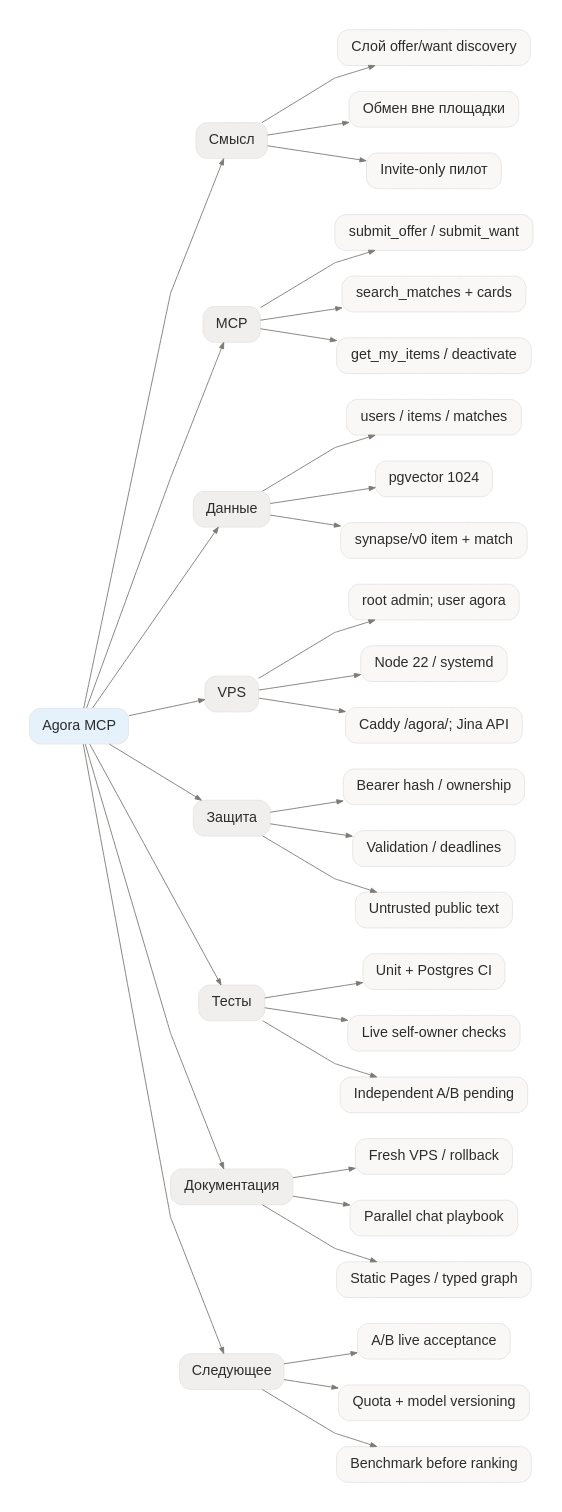
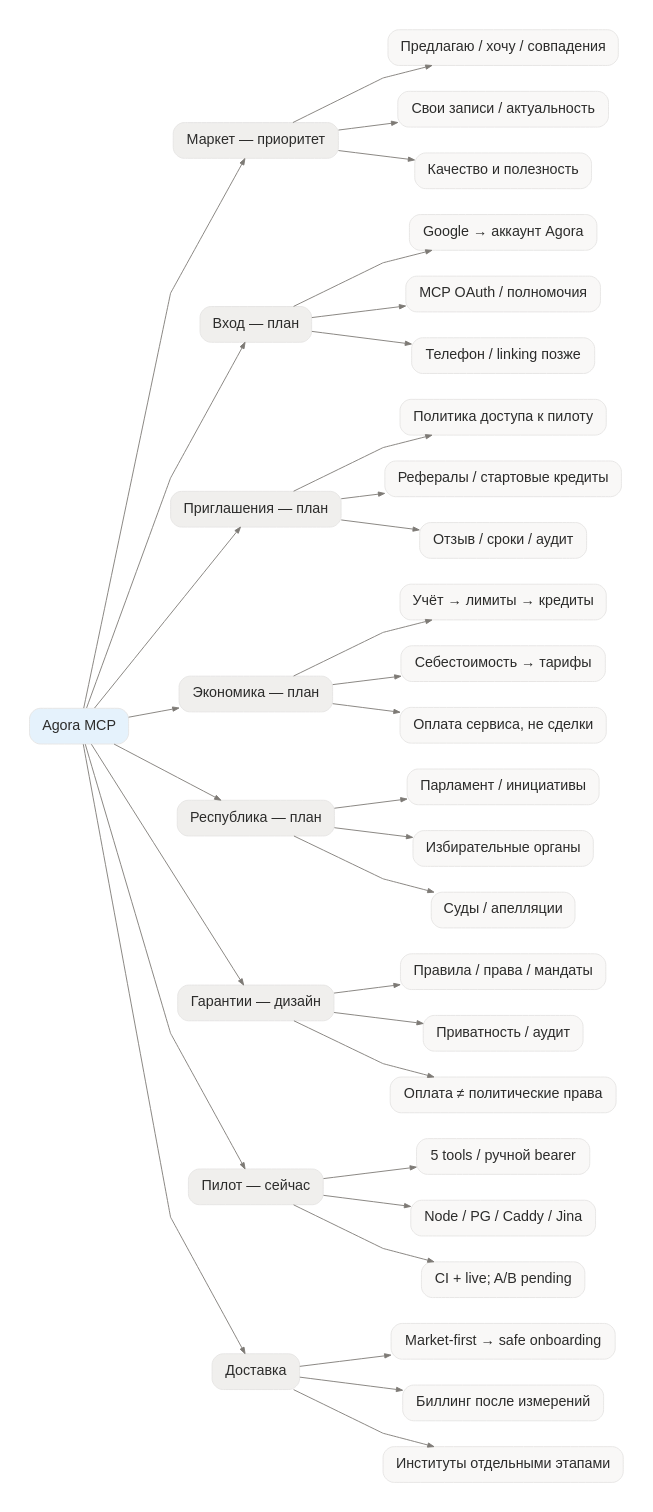
The diagram in docs/assets/mindmap.dot (LeonidYasin/agora-mcp), drawn with Graphviz before and after one commit. The commit also changed 27 other files, not shown here.

Commit message:
docs: align full Agora vision with market-first access, economy and republic roadmap (#9)

```diff
--- a/docs/assets/mindmap.dot
+++ b/docs/assets/mindmap.dot
@@ -1,70 +1,70 @@
 digraph G {
 graph [rankdir=LR, bgcolor="white", pad="0.35", nodesep="0.4", ranksep="0.65", splines=polyline];
 node [shape=box, style="rounded,filled", fontname="Arial", fontsize=16, margin="0.2,0.15", color="#E6E5E3", fontcolor="#2C2C2B"];
 edge [fontname="Arial", fontsize=13, color="#7D7A75", fontcolor="#55534F", arrowsize=0.7];
 "mind-root" [label="Agora MCP", fillcolor="#E5F2FC"];
-"mind-0" [label="Смысл", fillcolor="#F0EFED"];
-"mind-0-0" [label="Слой offer/want discovery", fillcolor="#F9F8F7"];
-"mind-0-1" [label="Обмен вне площадки", fillcolor="#F9F8F7"];
-"mind-0-2" [label="Invite-only пилот", fillcolor="#F9F8F7"];
-"mind-1" [label="MCP", fillcolor="#F0EFED"];
-"mind-1-0" [label="submit_offer / submit_want", fillcolor="#F9F8F7"];
-"mind-1-1" [label="search_matches + cards", fillcolor="#F9F8F7"];
-"mind-1-2" [label="get_my_items / deactivate", fillcolor="#F9F8F7"];
-"mind-2" [label="Данные", fillcolor="#F0EFED"];
-"mind-2-0" [label="users / items / matches", fillcolor="#F9F8F7"];
-"mind-2-1" [label="pgvector 1024", fillcolor="#F9F8F7"];
-"mind-2-2" [label="synapse/v0 item + match", fillcolor="#F9F8F7"];
-"mind-3" [label="VPS", fillcolor="#F0EFED"];
-"mind-3-0" [label="root admin; user agora", fillcolor="#F9F8F7"];
-"mind-3-1" [label="Node 22 / systemd", fillcolor="#F9F8F7"];
-"mind-3-2" [label="Caddy /agora/; Jina API", fillcolor="#F9F8F7"];
-"mind-4" [label="Защита", fillcolor="#F0EFED"];
-"mind-4-0" [label="Bearer hash / ownership", fillcolor="#F9F8F7"];
-"mind-4-1" [label="Validation / deadlines", fillcolor="#F9F8F7"];
-"mind-4-2" [label="Untrusted public text", fillcolor="#F9F8F7"];
-"mind-5" [label="Тесты", fillcolor="#F0EFED"];
-"mind-5-0" [label="Unit + Postgres CI", fillcolor="#F9F8F7"];
-"mind-5-1" [label="Live self-owner checks", fillcolor="#F9F8F7"];
-"mind-5-2" [label="Independent A/B pending", fillcolor="#F9F8F7"];
-"mind-6" [label="Документация", fillcolor="#F0EFED"];
-"mind-6-0" [label="Fresh VPS / rollback", fillcolor="#F9F8F7"];
-"mind-6-1" [label="Parallel chat playbook", fillcolor="#F9F8F7"];
-"mind-6-2" [label="Static Pages / typed graph", fillcolor="#F9F8F7"];
-"mind-7" [label="Следующее", fillcolor="#F0EFED"];
-"mind-7-0" [label="A/B live acceptance", fillcolor="#F9F8F7"];
-"mind-7-1" [label="Quota + model versioning", fillcolor="#F9F8F7"];
-"mind-7-2" [label="Benchmark before ranking", fillcolor="#F9F8F7"];
+"mind-0" [label="Маркет — приоритет", fillcolor="#F0EFED"];
+"mind-0-0" [label="Предлагаю / хочу / совпадения", fillcolor="#F9F8F7"];
+"mind-0-1" [label="Свои записи / актуальность", fillcolor="#F9F8F7"];
+"mind-0-2" [label="Качество и полезность", fillcolor="#F9F8F7"];
+"mind-1" [label="Вход — план", fillcolor="#F0EFED"];
+"mind-1-0" [label="Google → аккаунт Agora", fillcolor="#F9F8F7"];
+"mind-1-1" [label="MCP OAuth / полномочия", fillcolor="#F9F8F7"];
+"mind-1-2" [label="Телефон / linking позже", fillcolor="#F9F8F7"];
+"mind-2" [label="Приглашения — план", fillcolor="#F0EFED"];
+"mind-2-0" [label="Политика доступа к пилоту", fillcolor="#F9F8F7"];
+"mind-2-1" [label="Рефералы / стартовые кредиты", fillcolor="#F9F8F7"];
+"mind-2-2" [label="Отзыв / сроки / аудит", fillcolor="#F9F8F7"];
+"mind-3" [label="Экономика — план", fillcolor="#F0EFED"];
+"mind-3-0" [label="Учёт → лимиты → кредиты", fillcolor="#F9F8F7"];
+"mind-3-1" [label="Себестоимость → тарифы", fillcolor="#F9F8F7"];
+"mind-3-2" [label="Оплата сервиса, не сделки", fillcolor="#F9F8F7"];
+"mind-4" [label="Республика — план", fillcolor="#F0EFED"];
+"mind-4-0" [label="Парламент / инициативы", fillcolor="#F9F8F7"];
+"mind-4-1" [label="Избирательные органы", fillcolor="#F9F8F7"];
+"mind-4-2" [label="Суды / апелляции", fillcolor="#F9F8F7"];
+"mind-5" [label="Гарантии — дизайн", fillcolor="#F0EFED"];
+"mind-5-0" [label="Правила / права / мандаты", fillcolor="#F9F8F7"];
+"mind-5-1" [label="Приватность / аудит", fillcolor="#F9F8F7"];
+"mind-5-2" [label="Оплата ≠ политические права", fillcolor="#F9F8F7"];
+"mind-6" [label="Пилот — сейчас", fillcolor="#F0EFED"];
+"mind-6-0" [label="5 tools / ручной bearer", fillcolor="#F9F8F7"];
+"mind-6-1" [label="Node / PG / Caddy / Jina", fillcolor="#F9F8F7"];
+"mind-6-2" [label="CI + live; A/B pending", fillcolor="#F9F8F7"];
+"mind-7" [label="Доставка", fillcolor="#F0EFED"];
+"mind-7-0" [label="Market-first → safe onboarding", fillcolor="#F9F8F7"];
+"mind-7-1" [label="Биллинг после измерений", fillcolor="#F9F8F7"];
+"mind-7-2" [label="Институты отдельными этапами", fillcolor="#F9F8F7"];
 "mind-root" -> "mind-0" [label="", style=solid];
 "mind-0" -> "mind-0-0" [label="", style=solid];
 "mind-0" -> "mind-0-1" [label="", style=solid];
 "mind-0" -> "mind-0-2" [label="", style=solid];
 "mind-root" -> "mind-1" [label="", style=solid];
 "mind-1" -> "mind-1-0" [label="", style=solid];
 "mind-1" -> "mind-1-1" [label="", style=solid];
 "mind-1" -> "mind-1-2" [label="", style=solid];
 "mind-root" -> "mind-2" [label="", style=solid];
 "mind-2" -> "mind-2-0" [label="", style=solid];
 "mind-2" -> "mind-2-1" [label="", style=solid];
 "mind-2" -> "mind-2-2" [label="", style=solid];
 "mind-root" -> "mind-3" [label="", style=solid];
 "mind-3" -> "mind-3-0" [label="", style=solid];
 "mind-3" -> "mind-3-1" [label="", style=solid];
 "mind-3" -> "mind-3-2" [label="", style=solid];
 "mind-root" -> "mind-4" [label="", style=solid];
 "mind-4" -> "mind-4-0" [label="", style=solid];
 "mind-4" -> "mind-4-1" [label="", style=solid];
 "mind-4" -> "mind-4-2" [label="", style=solid];
 "mind-root" -> "mind-5" [label="", style=solid];
 "mind-5" -> "mind-5-0" [label="", style=solid];
 "mind-5" -> "mind-5-1" [label="", style=solid];
 "mind-5" -> "mind-5-2" [label="", style=solid];
 "mind-root" -> "mind-6" [label="", style=solid];
 "mind-6" -> "mind-6-0" [label="", style=solid];
 "mind-6" -> "mind-6-1" [label="", style=solid];
 "mind-6" -> "mind-6-2" [label="", style=solid];
 "mind-root" -> "mind-7" [label="", style=solid];
 "mind-7" -> "mind-7-0" [label="", style=solid];
 "mind-7" -> "mind-7-1" [label="", style=solid];
 "mind-7" -> "mind-7-2" [label="", style=solid];
 }
```
